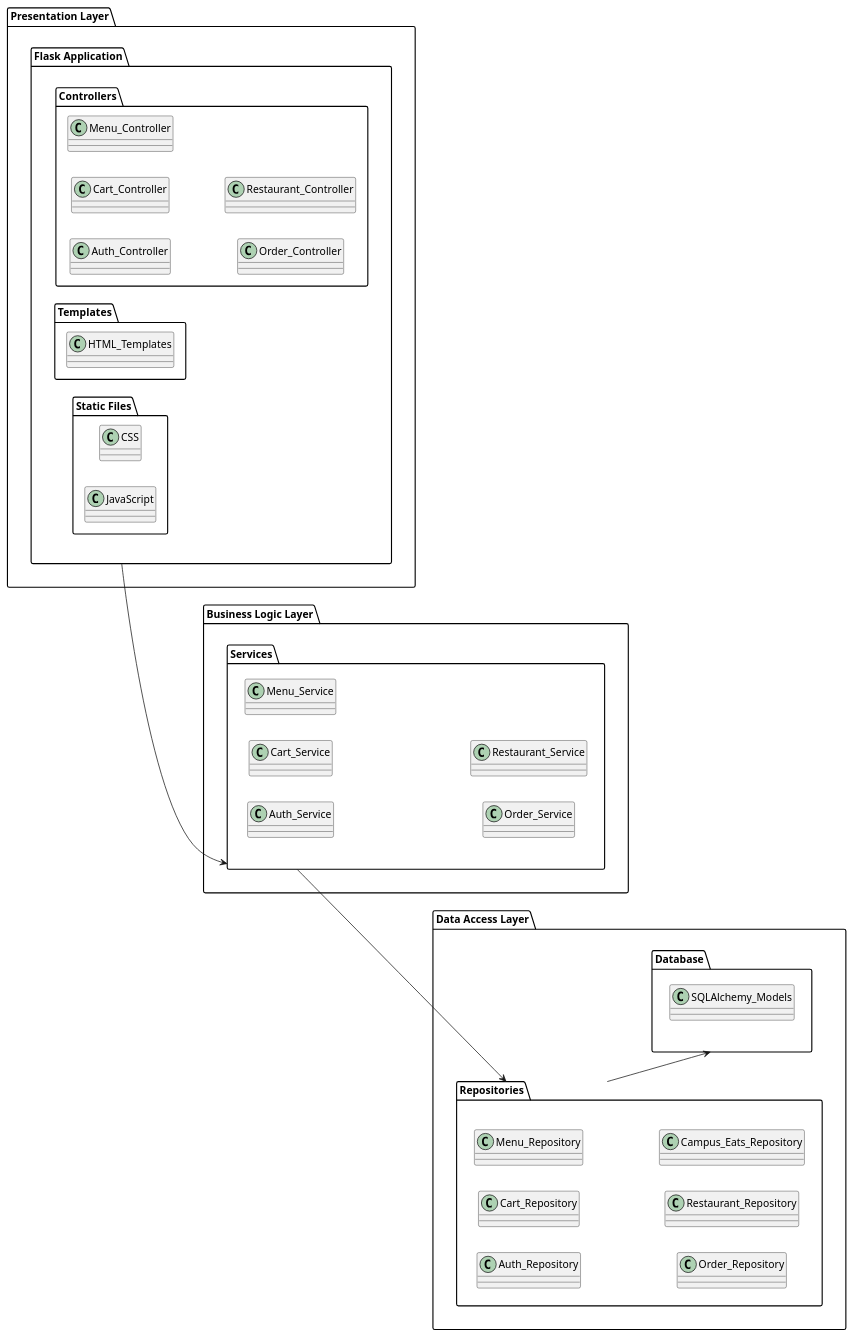
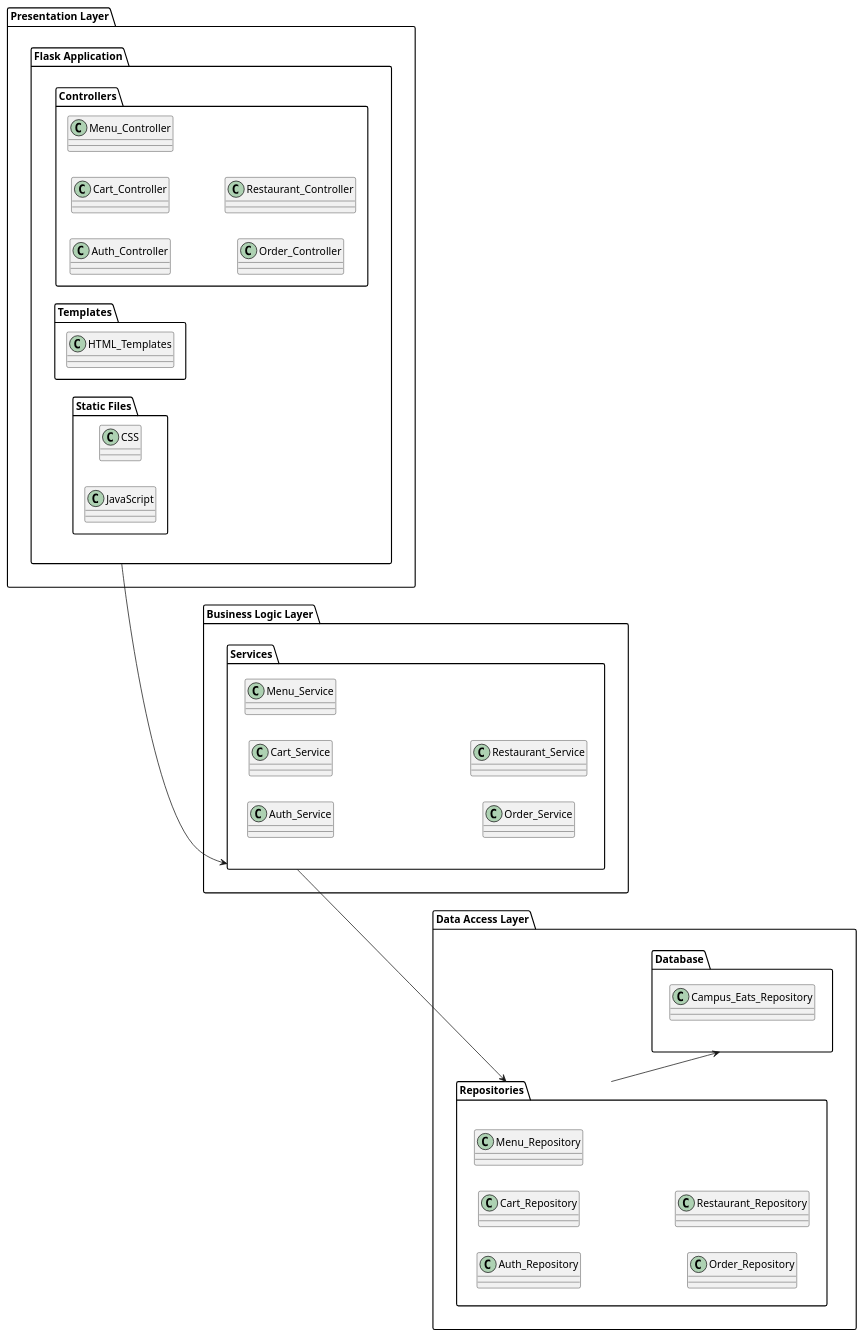
Before and after one commit to kevin0629/NCU_Campus_Eats_Demo: the diagram in diagram/system_diagram.puml, drawn with PlantUML. The commit also changed 17 other files, not shown here.

```diff
--- a/diagram/system_diagram.puml
+++ b/diagram/system_diagram.puml
@@ -2,51 +2,50 @@
 @startuml sys_diagram
 left to right direction
 
 package "Presentation Layer" {
     package "Flask Application" {
         package "Controllers" {
             class Auth_Controller
             class Cart_Controller
             class Menu_Controller
             class Order_Controller
             class Restaurant_Controller
         }
         package "Templates" {
             class HTML_Templates
         }
         package "Static Files" {
             class CSS
             class JavaScript
         }
     }
 }
 
 package "Business Logic Layer" {
     package "Services" {
         class Auth_Service
         class Cart_Service
         class Menu_Service
         class Order_Service
         class Restaurant_Service
     }
 }
 
 package "Data Access Layer" {
     package "Repositories" {
         class Auth_Repository
         class Cart_Repository
         class Menu_Repository
         class Order_Repository
         class Restaurant_Repository
-        class Campus_Eats_Repository
     }
     package "Database" {
-        class SQLAlchemy_Models
+        class Campus_Eats_Repository
     }
 }
 
 "Flask Application" -down-> "Services"
 "Services" -down-> "Repositories"
 "Repositories" -down-> "Database"
 
 @enduml
```
